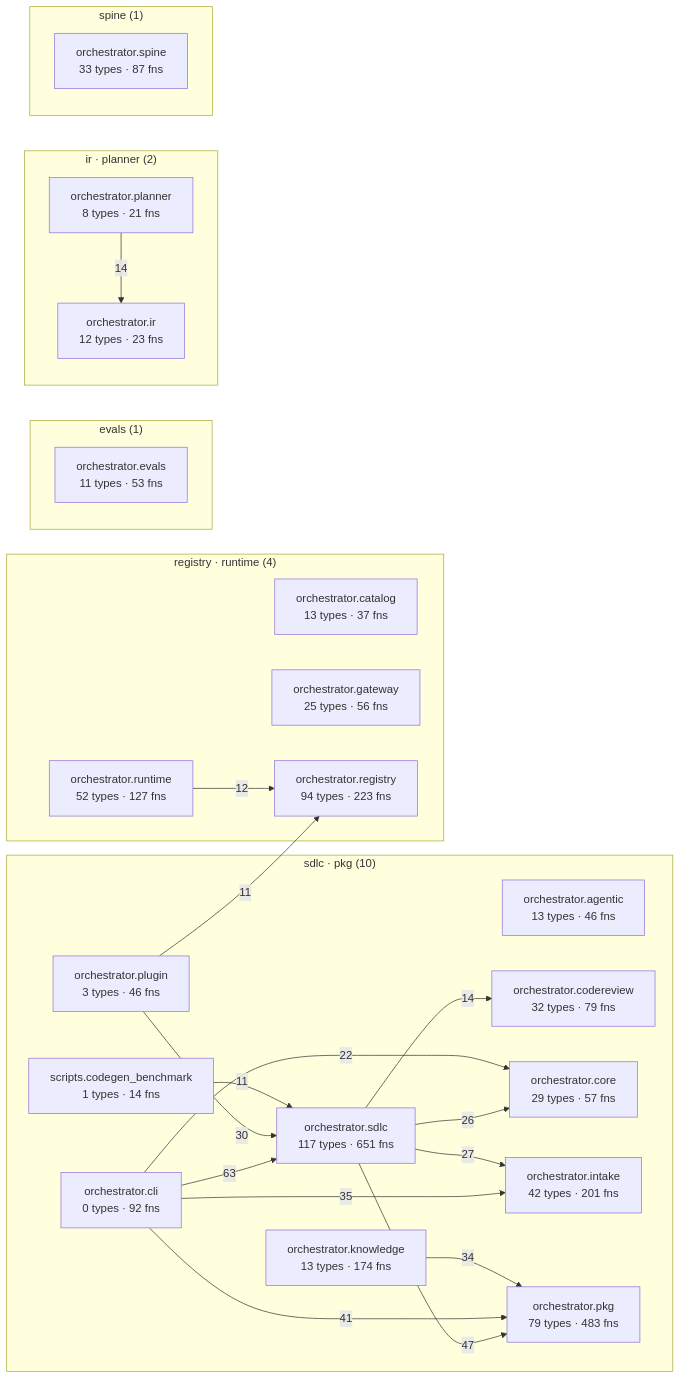
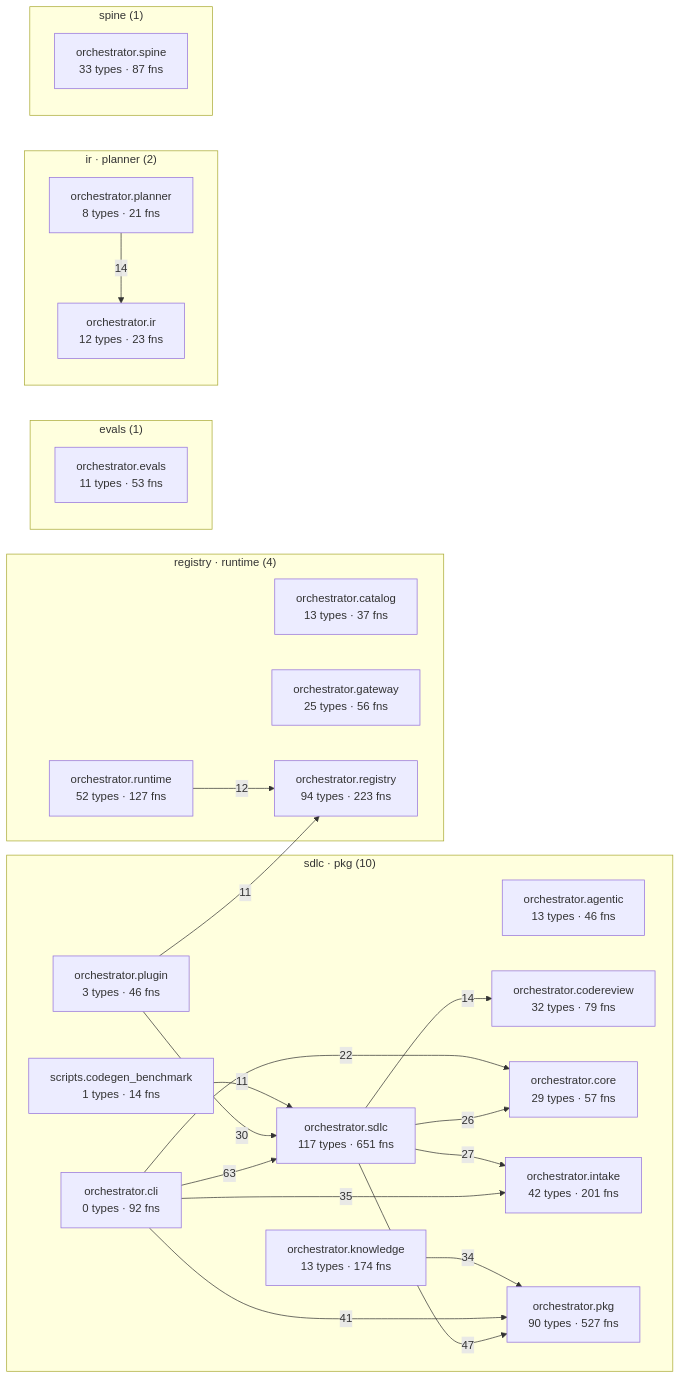
The diagram in episteme/architecture.md (synaptixs/spine), drawn with Mermaid before and after one commit. The commit also changed other lines of this file and 29 other files, not shown here.

````diff
--- a/episteme/architecture.md
+++ b/episteme/architecture.md
@@ -54,45 +54,45 @@
 ```mermaid
 flowchart LR
   subgraph c_1["sdlc · pkg (10)"]
     aorchestratoragentic["orchestrator.agentic<br/>13 types · 46 fns"]
     aorchestratorcli["orchestrator.cli<br/>0 types · 92 fns"]
     aorchestratorcodereview["orchestrator.codereview<br/>32 types · 79 fns"]
     aorchestratorcore["orchestrator.core<br/>29 types · 57 fns"]
     aorchestratorintake["orchestrator.intake<br/>42 types · 201 fns"]
     aorchestratorknowledge["orchestrator.knowledge<br/>13 types · 174 fns"]
-    aorchestratorpkg["orchestrator.pkg<br/>79 types · 483 fns"]
+    aorchestratorpkg["orchestrator.pkg<br/>90 types · 527 fns"]
     aorchestratorplugin["orchestrator.plugin<br/>3 types · 46 fns"]
     aorchestratorsdlc["orchestrator.sdlc<br/>117 types · 651 fns"]
     ascriptscodegenbenchmark["scripts.codegen_benchmark<br/>1 types · 14 fns"]
   end
   subgraph c_3["registry · runtime (4)"]
     aorchestratorcatalog["orchestrator.catalog<br/>13 types · 37 fns"]
     aorchestratorgateway["orchestrator.gateway<br/>25 types · 56 fns"]
     aorchestratorregistry["orchestrator.registry<br/>94 types · 223 fns"]
     aorchestratorruntime["orchestrator.runtime<br/>52 types · 127 fns"]
   end
   subgraph c_5["evals (1)"]
     aorchestratorevals["orchestrator.evals<br/>11 types · 53 fns"]
   end
   subgraph c_7["ir · planner (2)"]
     aorchestratorir["orchestrator.ir<br/>12 types · 23 fns"]
     aorchestratorplanner["orchestrator.planner<br/>8 types · 21 fns"]
   end
   subgraph c_10["spine (1)"]
     aorchestratorspine["orchestrator.spine<br/>33 types · 87 fns"]
   end
   aorchestratorcli -->|63| aorchestratorsdlc
   aorchestratorsdlc -->|47| aorchestratorpkg
   aorchestratorcli -->|41| aorchestratorpkg
   aorchestratorcli -->|35| aorchestratorintake
   aorchestratorknowledge -->|34| aorchestratorpkg
   aorchestratorplugin -->|30| aorchestratorsdlc
   aorchestratorsdlc -->|27| aorchestratorintake
   aorchestratorsdlc -->|26| aorchestratorcore
   aorchestratorcli -->|22| aorchestratorcore
   aorchestratorplanner -->|14| aorchestratorir
   aorchestratorsdlc -->|14| aorchestratorcodereview
   aorchestratorruntime -->|12| aorchestratorregistry
   ascriptscodegenbenchmark -->|11| aorchestratorsdlc
   aorchestratorplugin -->|11| aorchestratorregistry
 ```
````
